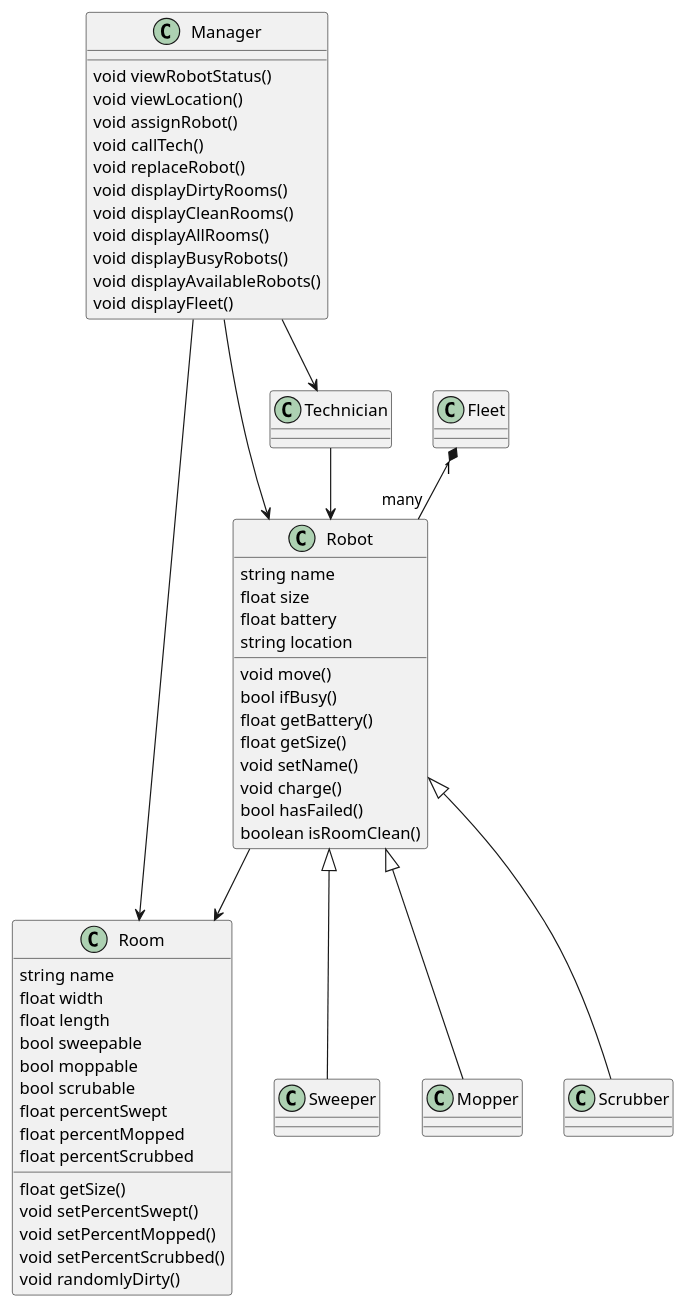
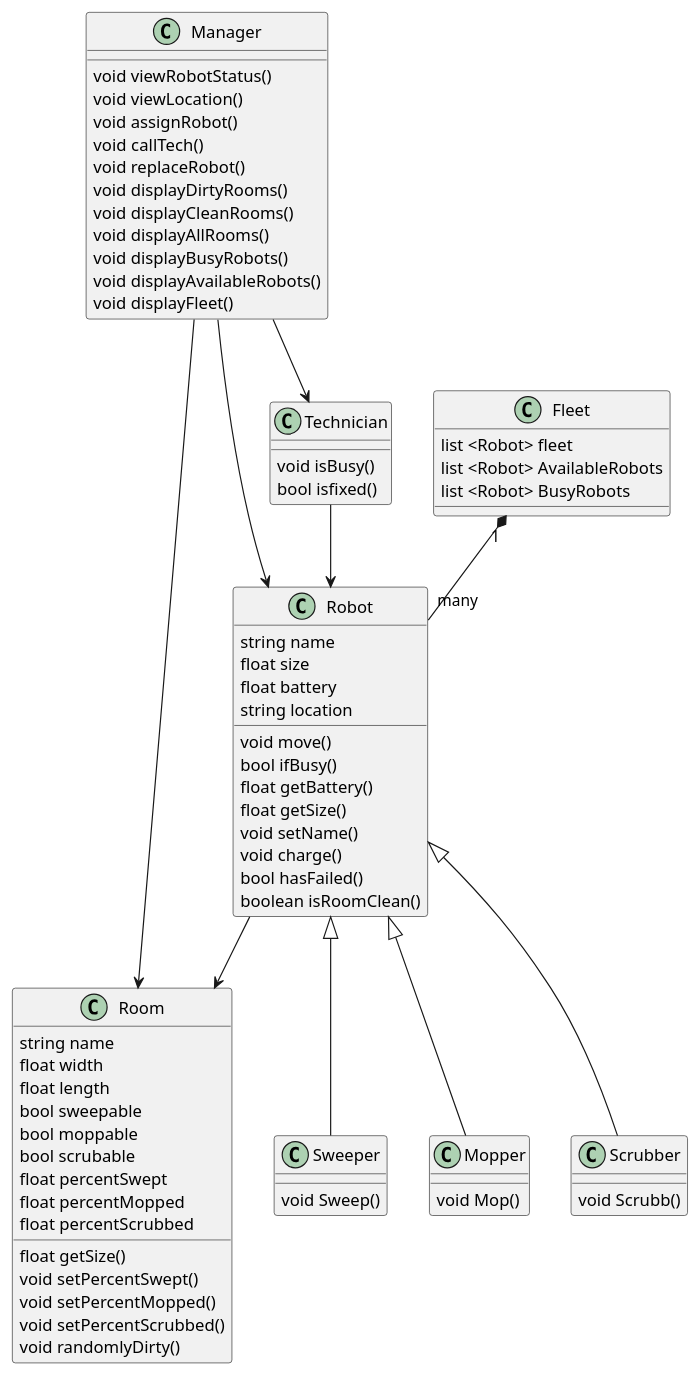
The diagram in docs/design/ClassDiagram.puml (ur-cs-courses/course-project-catch-up), drawn with PlantUML before and after one commit.

Commit message:
Technicien, fleet, scrobb, mopp , sweep - done

```diff
--- a/docs/design/ClassDiagram.puml
+++ b/docs/design/ClassDiagram.puml
@@ -1,81 +1,96 @@
 @startuml Class Diagram
 
 'Manager uses Room
 Manager --> Room
 'Manager uses Robot
 Manager --> Robot
 'Manager uses Technician
 Manager --> Technician
 
 'Sweeper is a Robot
 Robot <|-- Sweeper
 'Mopper is a Robot
 Robot <|-- Mopper
 'Scrubber is a Robot
 Robot <|-- Scrubber
 'Technician uses Robot
 Technician --> Robot
 'Robot uses Room
 Robot --> Room
 'One Fleet contains many robots
 Fleet "1" *-- "many" Robot
 
 
 class Manager
 Manager : void viewRobotStatus()
 Manager : void viewLocation()
 Manager : void assignRobot()
 Manager : void callTech()
 Manager : void replaceRobot()
 Manager : void displayDirtyRooms()
 Manager : void displayCleanRooms()
 Manager : void displayAllRooms()
 Manager : void displayBusyRobots()
 Manager : void displayAvailableRobots()
 Manager : void displayFleet()
 
 class Room{
 string name
 float width
 float length
 bool sweepable
 bool moppable
 bool scrubable
 float percentSwept
 float percentMopped
 float percentScrubbed
 
 float getSize()
 void setPercentSwept()
 void setPercentMopped()
 void setPercentScrubbed()
 void randomlyDirty()
 }
 
 class Robot{
 string name
 float size
 float battery 
 string location
 
 void move()
 bool ifBusy()
 float getBattery()
 float getSize()
 void setName()
 void charge()
 bool hasFailed()
 boolean isRoomClean()
 }
 
-class Fleet
+class Fleet{
+      list <Robot> fleet
+      list <Robot> AvailableRobots
+      list <Robot> BusyRobots
 
-class Technician
+}
 
-class Sweeper
+class Technician{
+    void isBusy()
+    bool isfixed()
 
-class Scrubber
+}
 
-class Mopper
+class Sweeper{
+    void Sweep()
+}
+
+class Scrubber{
+    void Scrubb()
+}
+
+class Mopper{
+    void Mop()
+}
 
 @enduml
```
